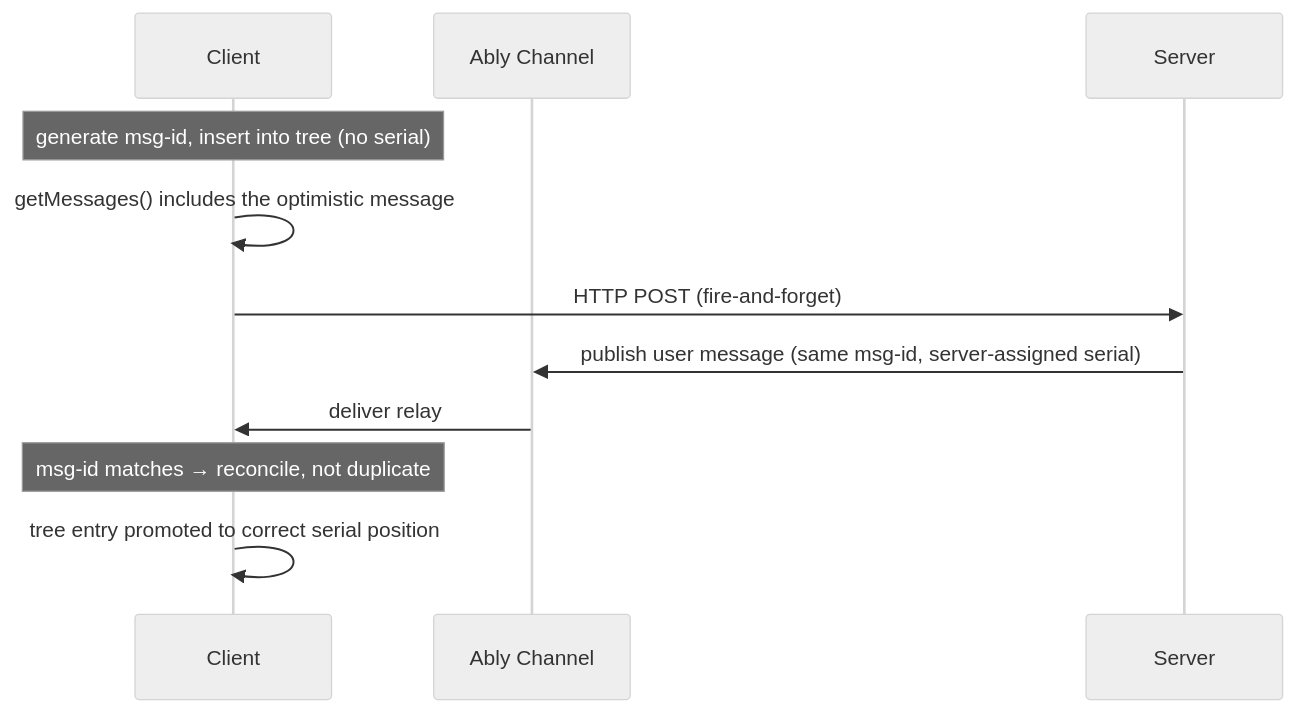
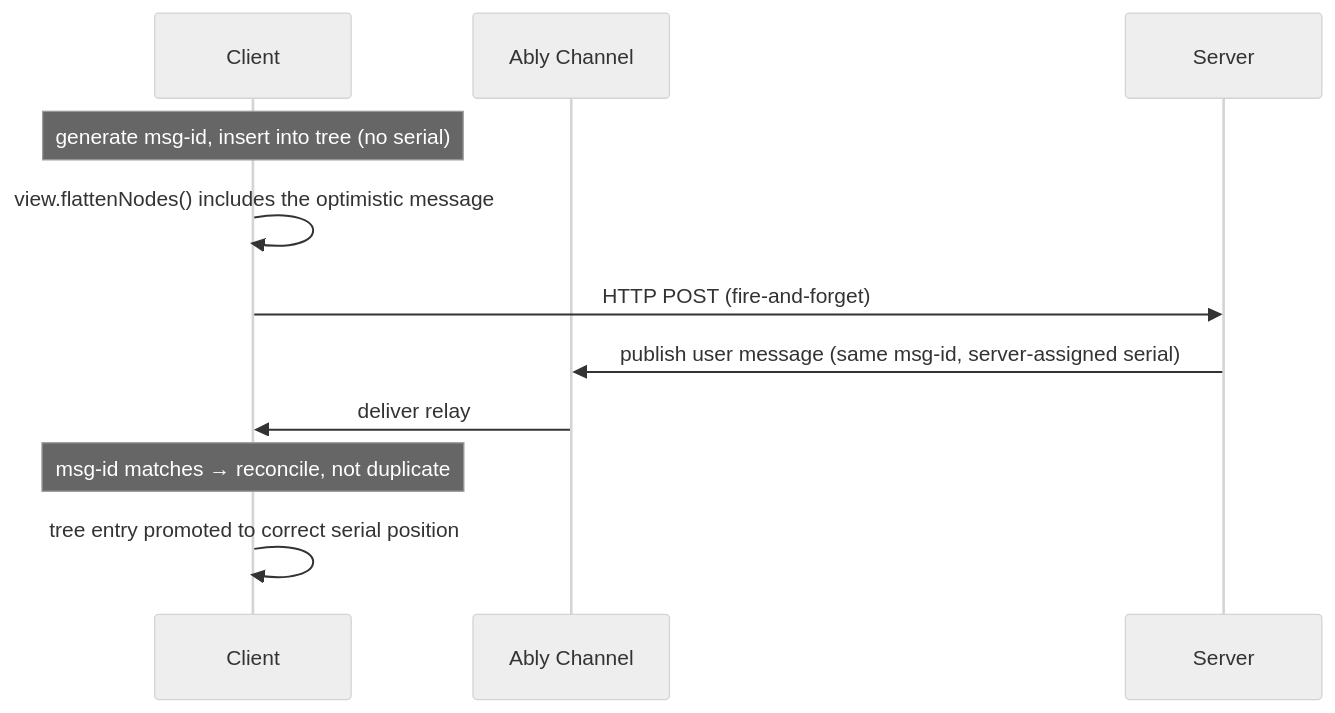
One commit to ably/ably-ai-transport-js changed the diagram in docs/features/optimistic-updates.md. Above: the diagram before and after it, drawn with Mermaid (neutral theme). The commit also changed other lines of this file and 25 other files, not shown here.

````diff
--- a/docs/features/optimistic-updates.md
+++ b/docs/features/optimistic-updates.md
@@ -13,14 +13,14 @@
 ```mermaid
 sequenceDiagram
     participant C as Client
     participant Ch as Ably Channel
     participant S as Server
 
     Note over C: generate msg-id, insert into tree (no serial)
-    C->>C: getMessages() includes the optimistic message
+    C->>C: view.flattenNodes() includes the optimistic message
     C->>S: HTTP POST (fire-and-forget)
     S->>Ch: publish user message (same msg-id, server-assigned serial)
     Ch->>C: deliver relay
     Note over C: msg-id matches → reconcile, not duplicate
     C->>C: tree entry promoted to correct serial position
 ```
````
